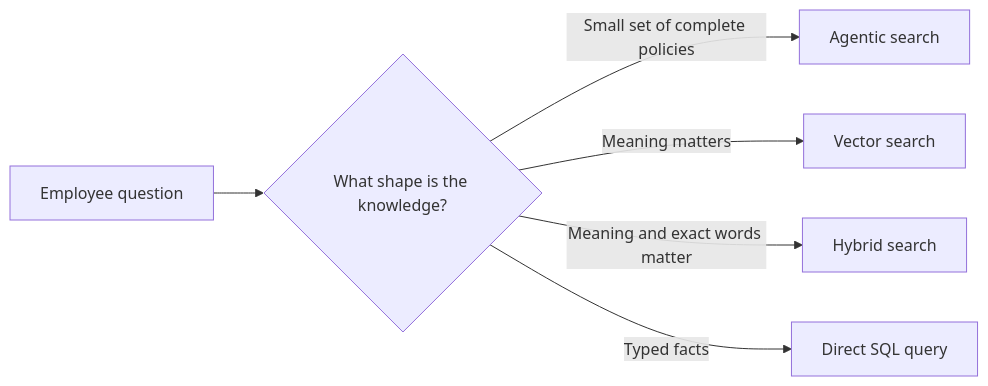
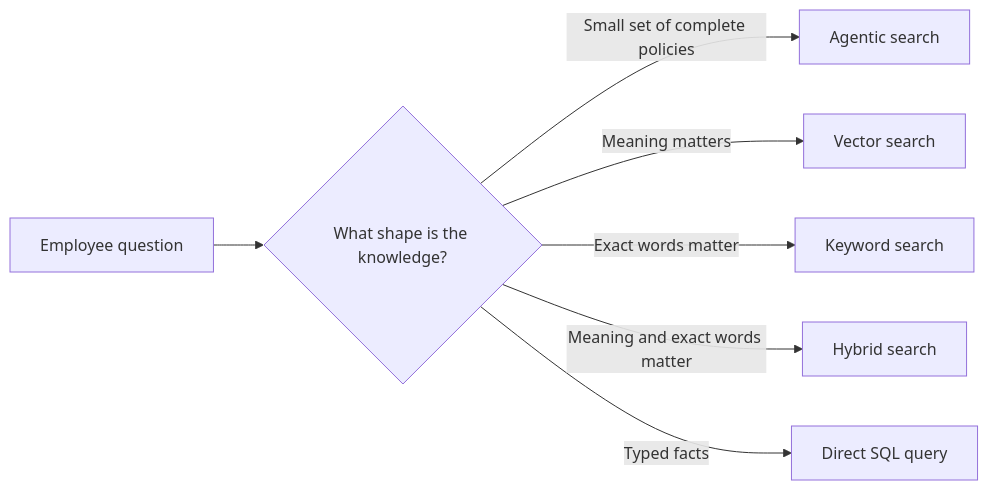
The first of 3 diagrams in docs/rag/README.md (the-ai-engineer/build-ai-systems), drawn with Mermaid before and after one commit. The commit also changed other lines of this file and 25 other files, not shown here.

````diff
--- a/docs/rag/README.md
+++ b/docs/rag/README.md
@@ -20,8 +21,9 @@
 ```mermaid
 flowchart LR
     Q["Employee question"] --> C{"What shape is the knowledge?"}
     C -->|"Small set of complete policies"| A["Agentic search"]
     C -->|"Meaning matters"| V["Vector search"]
+    C -->|"Exact words matter"| K["Keyword search"]
     C -->|"Meaning and exact words matter"| H["Hybrid search"]
     C -->|"Typed facts"| S["Direct SQL query"]
 ```
````
